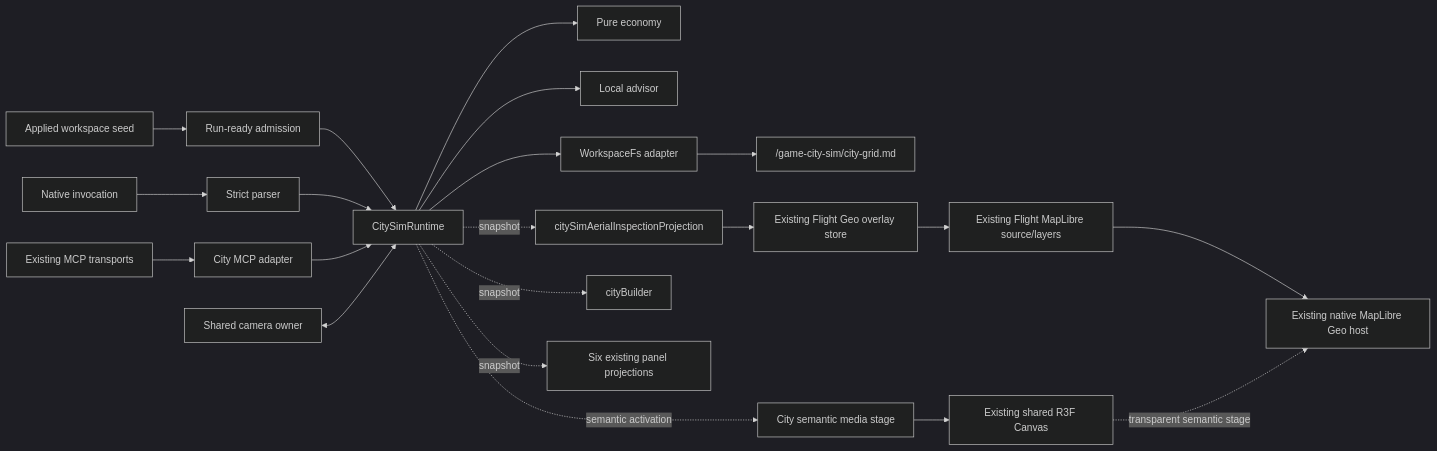
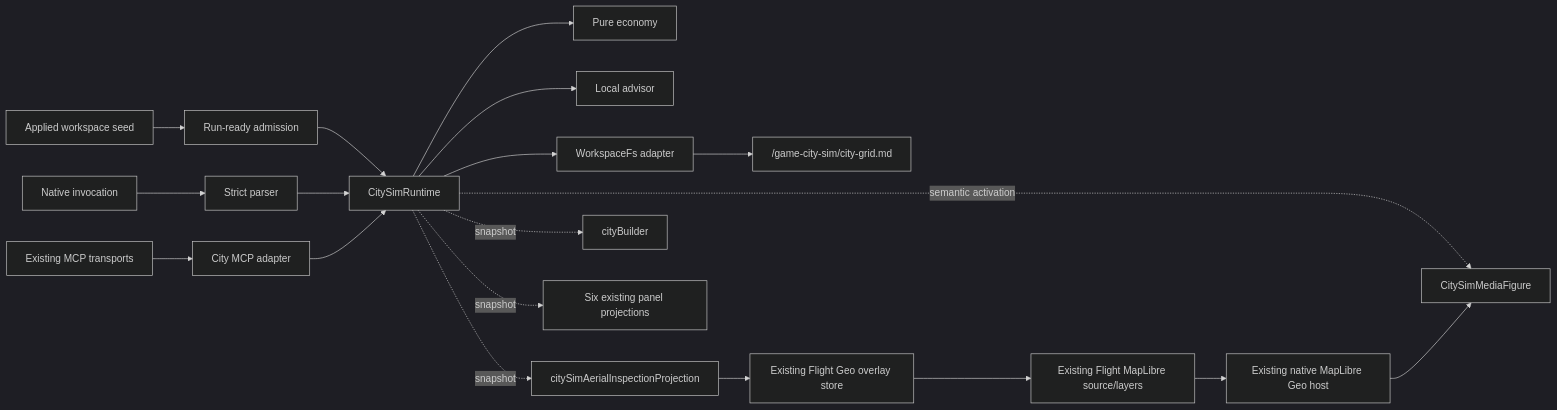
Before and after one commit to huijoohwee/agentic-graph: the first of 2 diagrams in .kiro/specs/knowgrph-city-building-sim/design.md, drawn with Mermaid (dark theme). The commit also changed other lines of this file and 58 other files, not shown here.

Commit message:
fix(city-sim): make MapLibre the sole city surface

````diff
--- a/.kiro/specs/knowgrph-city-building-sim/design.md
+++ b/.kiro/specs/knowgrph-city-building-sim/design.md
@@ -47,23 +46,21 @@
 ```mermaid
 flowchart LR
   Source["Applied workspace seed"] --> Admission["Run-ready admission"]
   Invocation["Native invocation"] --> Parser["Strict parser"]
   MCP["Existing MCP transports"] --> Adapter["City MCP adapter"]
   Admission --> Runtime["CitySimRuntime"]
   Parser --> Runtime
   Adapter --> Runtime
   Runtime --> Tick["Pure economy"]
   Runtime --> Advisor["Local advisor"]
   Runtime --> Persistence["WorkspaceFs adapter"]
   Persistence --> Document["/game-city-sim/city-grid.md"]
-  Runtime -. semantic activation .-> Stage["City semantic media stage"]
-  Stage --> Canvas["Existing shared R3F Canvas"]
+  Runtime -. semantic activation .-> Figure["CitySimMediaFigure"]
   Runtime -. snapshot .-> Aerial["citySimAerialInspectionProjection"]
   Aerial --> FlightStore["Existing Flight Geo overlay store"]
   FlightStore --> FlightLayers["Existing Flight MapLibre source/layers"]
   FlightLayers --> Geo["Existing native MapLibre Geo host"]
-  Canvas -. "transparent semantic stage" .-> Geo
+  Geo --> Figure
   Runtime -. snapshot .-> Builder["cityBuilder"]
   Runtime -. snapshot .-> Projections["Six existing panel projections"]
-  Camera["Shared camera owner"] <--> Runtime
 ```
````
